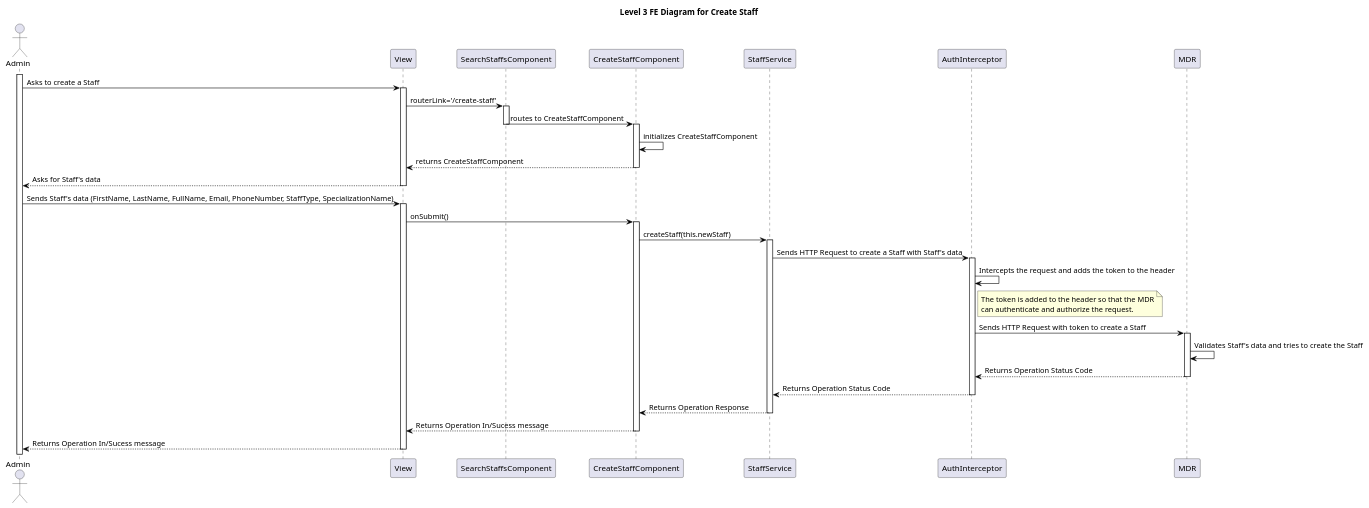
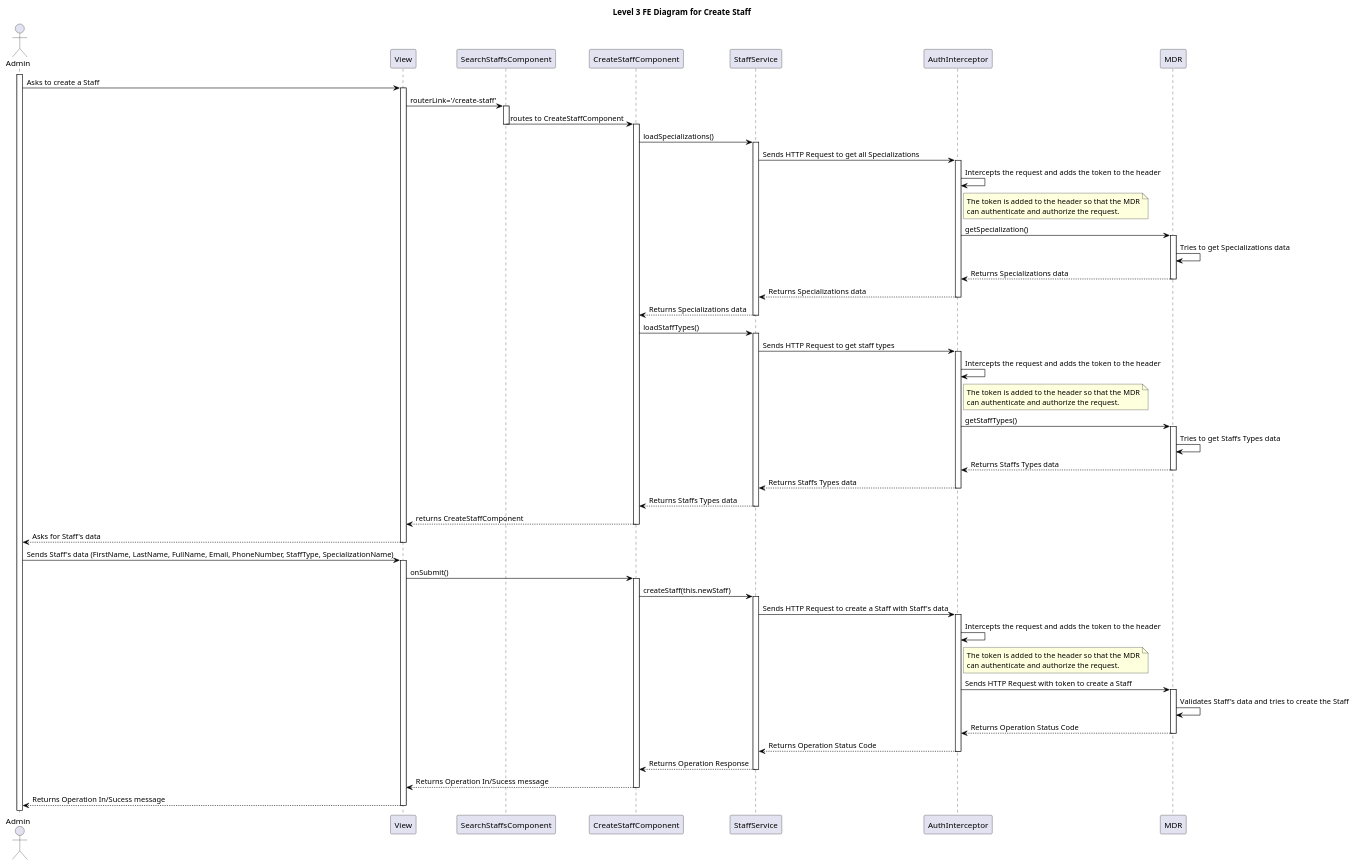
One commit to vscosousa/LAPR5_3DC_G15 changed the diagram in docs/sprint_B/us_6.2.10/level_3/puml/level_3_FE.puml. Above: the diagram before and after it, drawn with PlantUML. The commit also changed 11 other files, not shown here.

```diff
--- a/docs/sprint_B/us_6.2.10/level_3/puml/level_3_FE.puml
+++ b/docs/sprint_B/us_6.2.10/level_3/puml/level_3_FE.puml
@@ -1,67 +1,105 @@
 @startuml level_3_FE
 
 title Level 3 FE Diagram for Create Staff
 
 hide empty members
 
 skinparam class {
     BackgroundColor<<valueObject>> #D6EAF8
     BackgroundColor<<root>> #FDEBD0
     BackgroundColor<<service>> #D1F2EB
     BackgroundColor #FEF9E7
     ArrowColor Black
 }
 
 skinparam package {
     BackgroundColor #EBF5FB
 }
 
 actor Admin as A
 participant "View" as V
 participant "SearchStaffsComponent" as MS
 participant "CreateStaffComponent" as CS
 participant "StaffService" as SS
 participant "AuthInterceptor" as AI
 participant "MDR" as MDR
 
 activate A
 A -> V: Asks to create a Staff
 activate V
 V -> MS: routerLink='/create-staff'
 activate MS
 MS -> CS: routes to CreateStaffComponent
 deactivate MS
 activate CS
-CS -> CS: initializes CreateStaffComponent
+
+CS -> SS: loadSpecializations()
+activate SS
+SS -> AI: Sends HTTP Request to get all Specializations
+activate AI
+AI -> AI: Intercepts the request and adds the token to the header
+note right of AI
+    The token is added to the header so that the MDR
+    can authenticate and authorize the request.
+end note
+AI -> MDR: getSpecialization()
+activate MDR
+MDR -> MDR: Tries to get Specializations data
+MDR --> AI: Returns Specializations data
+deactivate MDR
+AI --> SS: Returns Specializations data
+deactivate AI
+SS --> CS: Returns Specializations data
+deactivate SS
+
+CS -> SS: loadStaffTypes()
+activate SS
+SS -> AI: Sends HTTP Request to get staff types
+activate AI
+AI -> AI: Intercepts the request and adds the token to the header
+note right of AI
+    The token is added to the header so that the MDR
+    can authenticate and authorize the request.
+end note
+AI -> MDR: getStaffTypes()
+activate MDR
+MDR -> MDR: Tries to get Staffs Types data
+MDR --> AI:Returns Staffs Types data
+deactivate MDR
+AI --> SS: Returns Staffs Types data
+deactivate AI
+SS --> CS: Returns Staffs Types data
+deactivate SS
+
 CS --> V: returns CreateStaffComponent
 deactivate CS
 V --> A: Asks for Staff's data
 deactivate V
 A -> V: Sends Staff's data (FirstName, LastName, FullName, Email, PhoneNumber, StaffType, SpecializationName)
 activate V
 V -> CS: onSubmit()
 activate CS
 CS -> SS: createStaff(this.newStaff)
 activate SS
 SS -> AI: Sends HTTP Request to create a Staff with Staff's data
 activate AI
 AI -> AI: Intercepts the request and adds the token to the header
 note right of AI
     The token is added to the header so that the MDR
     can authenticate and authorize the request.
 end note
 AI -> MDR: Sends HTTP Request with token to create a Staff
 activate MDR
 MDR -> MDR: Validates Staff's data and tries to create the Staff
 MDR --> AI: Returns Operation Status Code
 deactivate MDR
 AI --> SS: Returns Operation Status Code
 deactivate AI
 SS --> CS: Returns Operation Response
 deactivate SS
 CS --> V: Returns Operation In/Sucess message
 deactivate CS
 V --> A: Returns Operation In/Sucess message
 deactivate V
 
 @enduml
```
